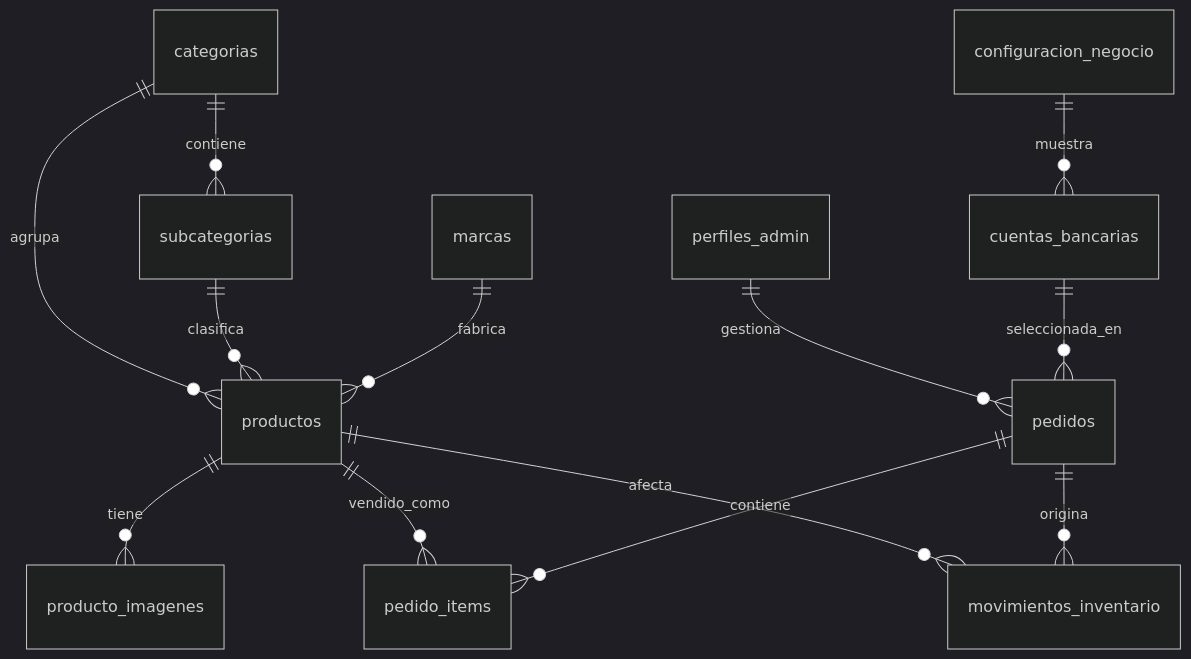
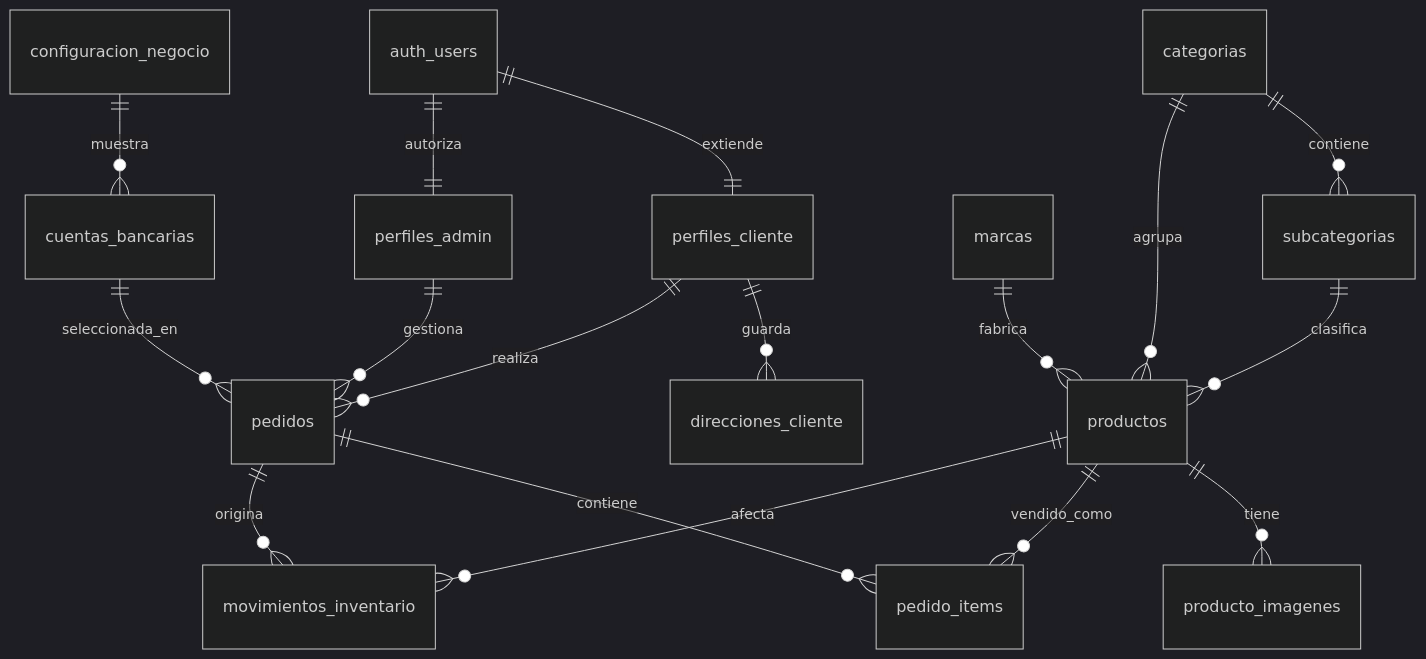
One commit to deylleranchundiaalcivar34-stack/pesca-con-fe changed the diagram in docs/MODELO-DB.md. Above: the diagram before and after it, drawn with Mermaid (dark theme). The commit also changed other lines of this file and 67 other files, not shown here.

````diff
--- a/docs/MODELO-DB.md
+++ b/docs/MODELO-DB.md
@@ -19,15 +24,19 @@
 ```mermaid
 erDiagram
+  auth_users ||--|| perfiles_cliente : extiende
+  auth_users ||--|| perfiles_admin : autoriza
+  perfiles_cliente ||--o{ direcciones_cliente : guarda
+  perfiles_cliente ||--o{ pedidos : realiza
   perfiles_admin ||--o{ pedidos : gestiona
   categorias ||--o{ subcategorias : contiene
   categorias ||--o{ productos : agrupa
   subcategorias ||--o{ productos : clasifica
   marcas ||--o{ productos : fabrica
   productos ||--o{ producto_imagenes : tiene
   productos ||--o{ pedido_items : vendido_como
   pedidos ||--o{ pedido_items : contiene
   cuentas_bancarias ||--o{ pedidos : seleccionada_en
   productos ||--o{ movimientos_inventario : afecta
   pedidos ||--o{ movimientos_inventario : origina
   configuracion_negocio ||--o{ cuentas_bancarias : muestra
 ```
````
